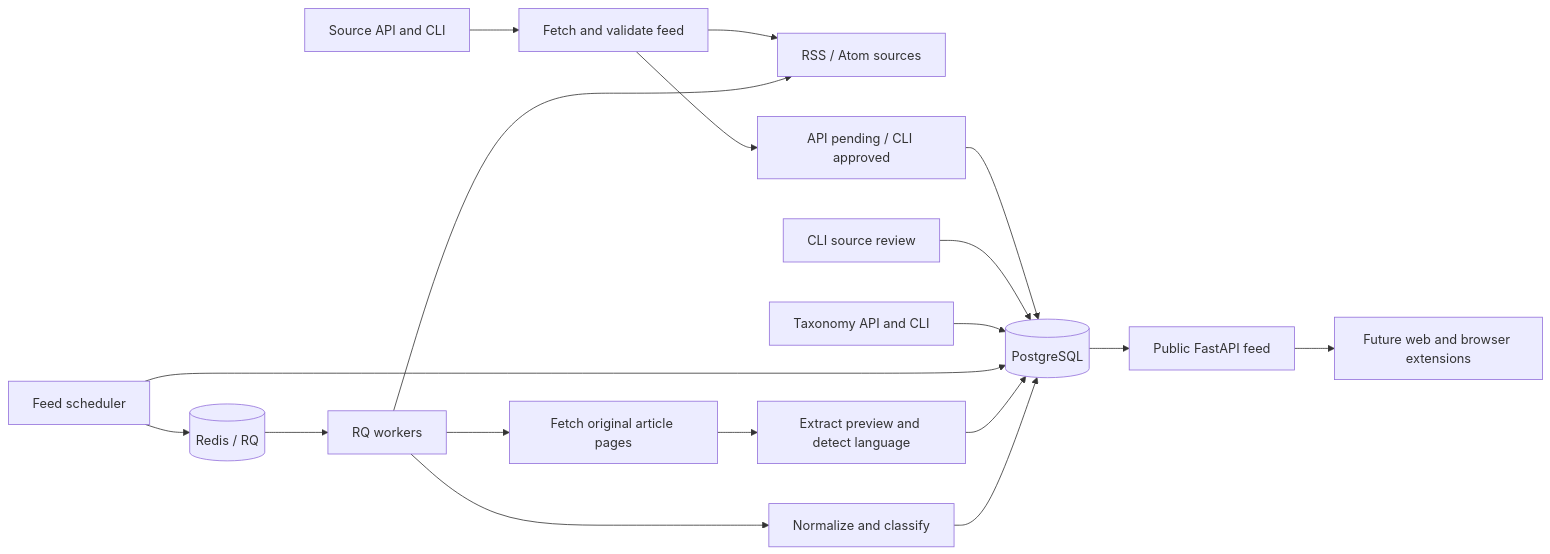
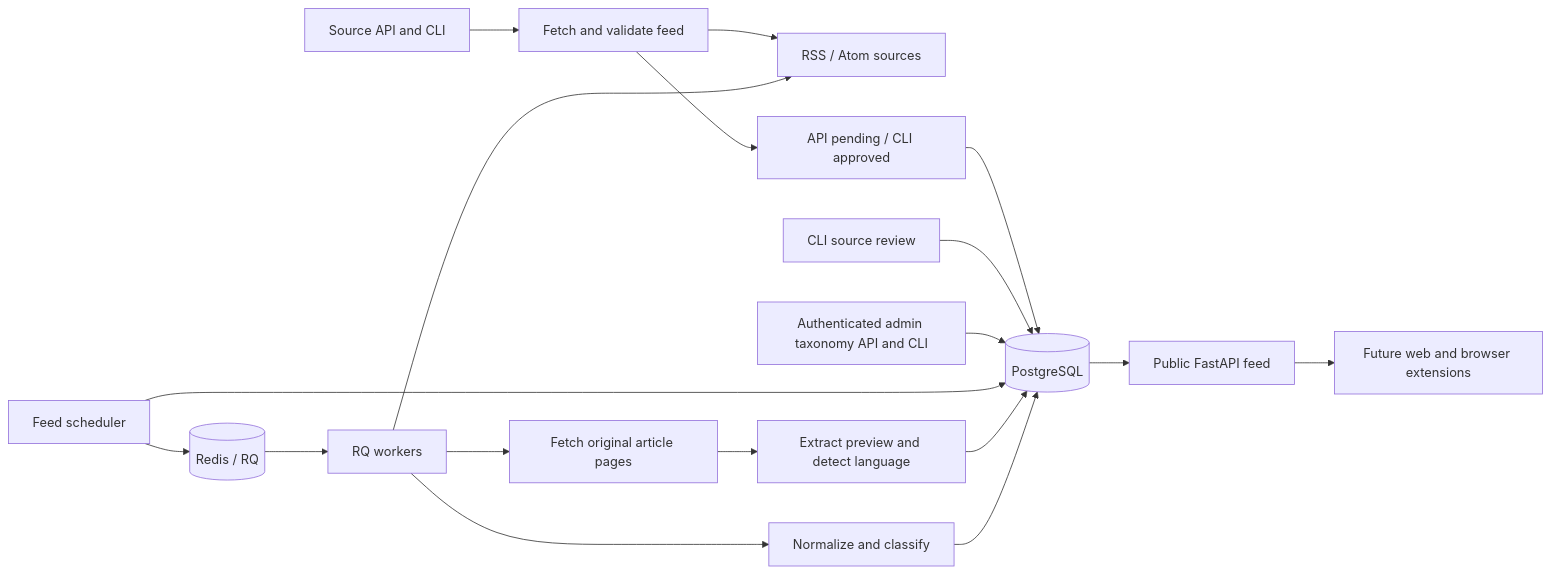
Before and after one commit to abhi1693/devfeed.tech: the diagram in docs/architecture.md, drawn with Mermaid. The commit also changed other lines of this file and 4 other files, not shown here.

````diff
--- a/docs/architecture.md
+++ b/docs/architecture.md
@@ -8,20 +13,20 @@
 ```mermaid
 flowchart LR
     Inputs[Source API and CLI] --> Preflight[Fetch and validate feed]
     Preflight --> Publishers[RSS / Atom sources]
     Preflight --> Admission[API pending / CLI approved]
     Admission --> DB[(PostgreSQL)]
     Review[CLI source review] --> DB
-    Taxonomy[Taxonomy API and CLI] --> DB
+    Taxonomy[Authenticated admin taxonomy API and CLI] --> DB
     Scheduler[Feed scheduler] --> DB
     Scheduler --> Redis[(Redis / RQ)]
     Redis --> Workers[RQ workers]
     Workers --> Publishers
     Workers --> Parse[Normalize and classify]
     Workers --> Pages[Fetch original article pages]
     Pages --> Enrich[Extract preview and detect language]
     Enrich --> DB
     Parse --> DB
     DB --> API[Public FastAPI feed]
     API --> Clients[Future web and browser extensions]
 ```
````
